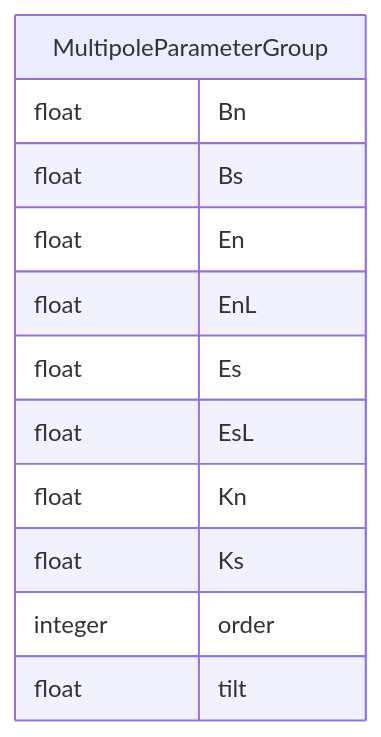
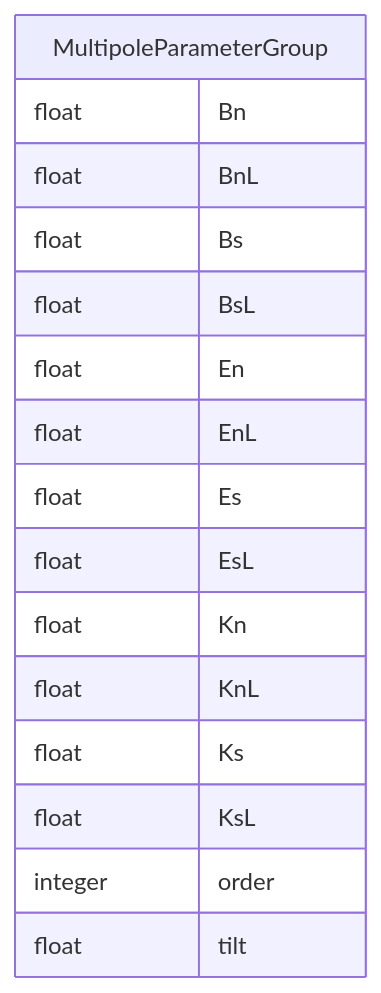
One commit to pals-project/pals-facility-config changed the diagram in docs/elements/classes/MultipoleParameterGroup.md. Above: the diagram before and after it, drawn with Mermaid. The commit also changed other lines of this file and 499 other files, not shown here.

````diff
--- a/docs/elements/classes/MultipoleParameterGroup.md
+++ b/docs/elements/classes/MultipoleParameterGroup.md
@@ -19,18 +15,22 @@
 ```mermaid
 erDiagram
 MultipoleParameterGroup {
     float Bn  
+    float BnL  
     float Bs  
+    float BsL  
     float En  
     float EnL  
     float Es  
     float EsL  
     float Kn  
+    float KnL  
     float Ks  
+    float KsL  
     integer order  
     float tilt  
 }
 
 
 
 ```
````
